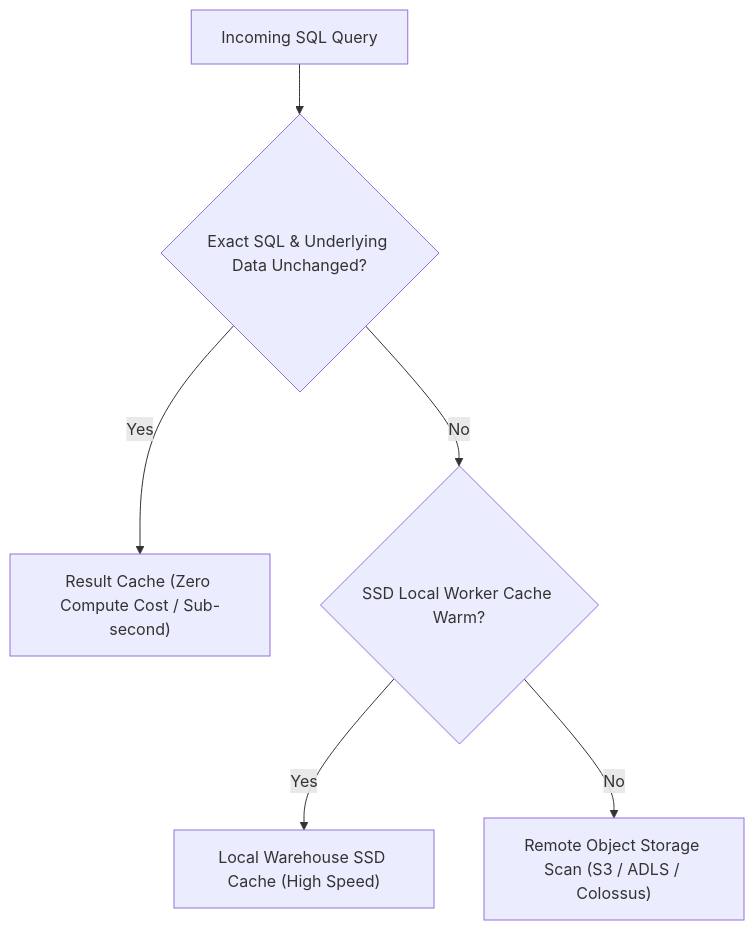
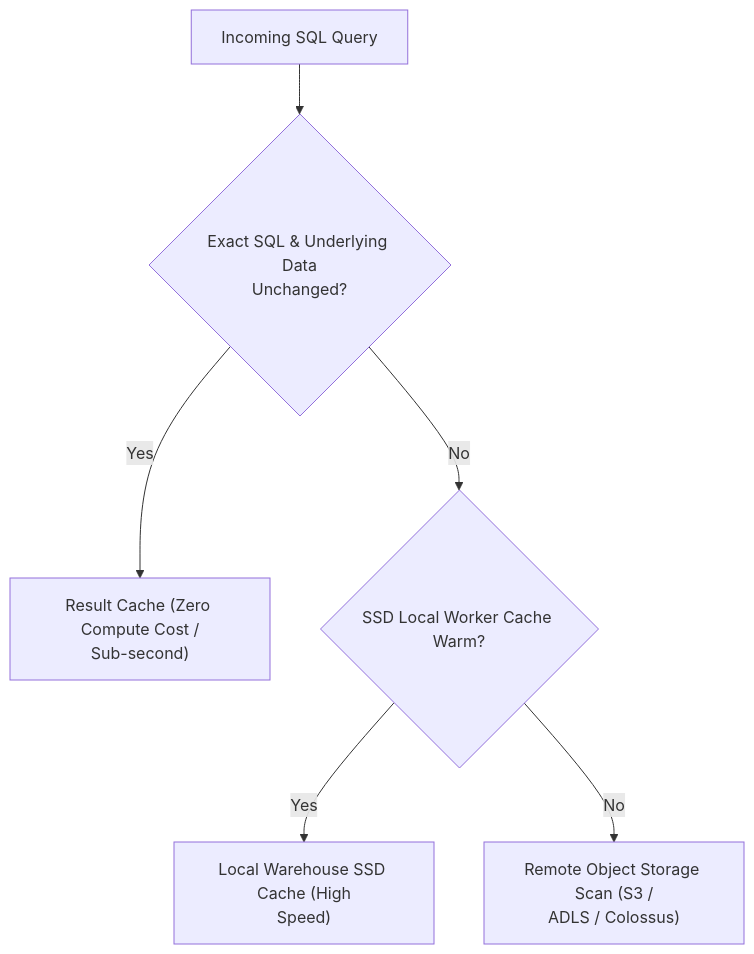
The second of 2 diagrams in runbooks/06_finops_and_warehouse_cost_optimization.md (santoshjammi29/sql-handbook), drawn with Mermaid before and after one commit. The commit also changed other lines of this file and 17 other files, not shown here.

Commit message:
fix(diagrams): word-wrap labels and escape comparison operators across all diagrams

````diff
--- a/runbooks/06_finops_and_warehouse_cost_optimization.md
+++ b/runbooks/06_finops_and_warehouse_cost_optimization.md
@@ -113,8 +113,8 @@
 ```mermaid
 flowchart TD
-    Q["Incoming SQL Query"] --> C1{"Exact SQL & Underlying Data Unchanged?"}
-    C1 -->|Yes| Hit1["Result Cache (Zero Compute Cost / Sub-second)"]
+    Q["Incoming SQL Query"] --> C1{"Exact SQL & Underlying Data<br/>Unchanged?"}
+    C1 -->|Yes| Hit1["Result Cache (Zero Compute Cost /<br/>Sub-second)"]
     C1 -->|No| C2{"SSD Local Worker Cache Warm?"}
-    C2 -->|Yes| Hit2["Local Warehouse SSD Cache (High Speed)"]
-    C2 -->|No| Remote["Remote Object Storage Scan (S3 / ADLS / Colossus)"]
+    C2 -->|Yes| Hit2["Local Warehouse SSD Cache (High<br/>Speed)"]
+    C2 -->|No| Remote["Remote Object Storage Scan (S3 /<br/>ADLS / Colossus)"]
 ```
````
